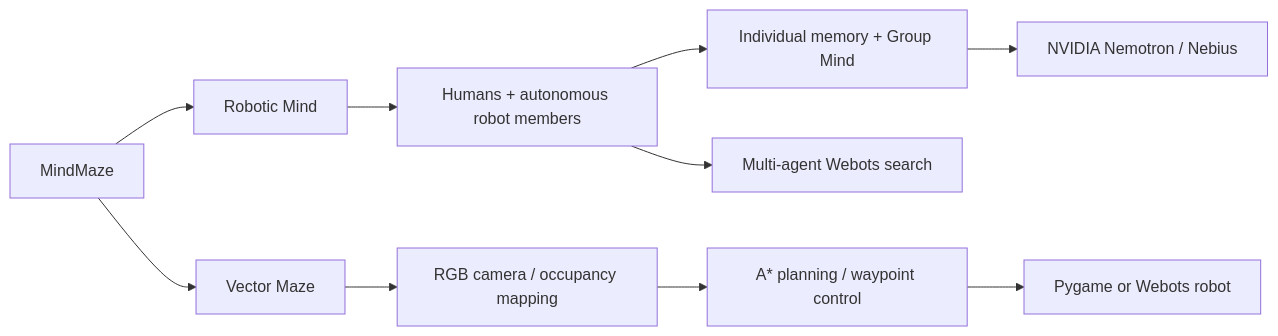
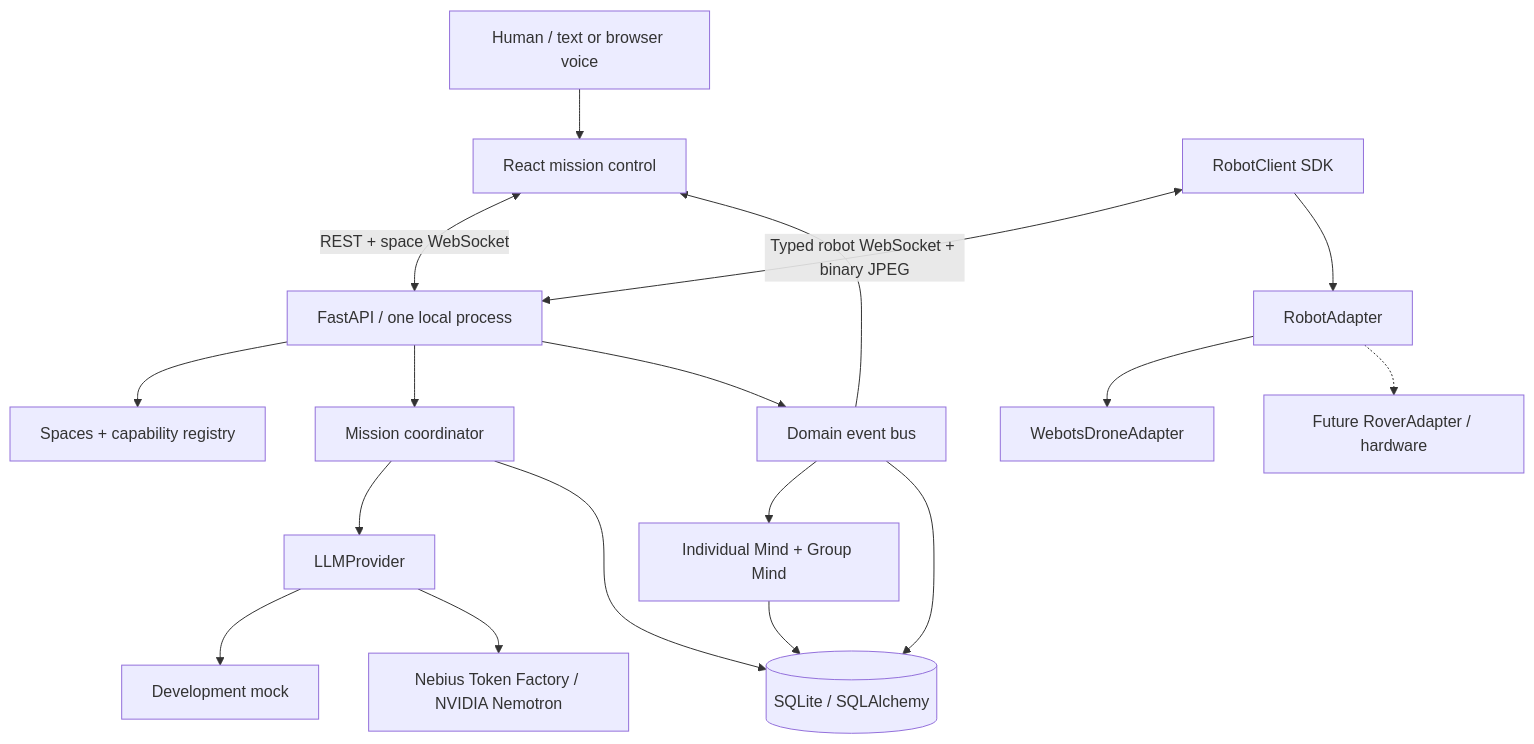
Before and after one commit to satyam3988/MindMaze: the diagram in README.md, drawn with Mermaid. The commit also changed other lines of this file and 168 other files, not shown here.

Commit message:
Focus hackathon submission on Robotic Mind

````diff
--- a/README.md
+++ b/README.md
@@ -126,12 +56,20 @@
 ```mermaid
-flowchart LR
-  MM[MindMaze] --> RM[Robotic Mind]
-  MM --> VM[Vector Maze]
-  RM --> Team[Humans + autonomous robot members]
-  Team --> Mind[Individual memory + Group Mind]
-  Mind --> AI[NVIDIA Nemotron / Nebius]
-  Team --> Fleet[Multi-agent Webots search]
-  VM --> Vision[RGB camera / occupancy mapping]
-  Vision --> Plan[A* planning / waypoint control]
-  Plan --> Robot[Pygame or Webots robot]
+flowchart TD
+  Human[Human / text or browser voice] --> UI[React mission control]
+  UI <-->|REST + space WebSocket| API[FastAPI / one local process]
+  API --> Spaces[Spaces + capability registry]
+  API --> Mission[Mission coordinator]
+  Mission --> LLM[LLMProvider]
+  LLM --> Mock[Development mock]
+  LLM --> Nebius[Nebius Token Factory / NVIDIA Nemotron]
+  API --> Bus[Domain event bus]
+  Bus --> Mind[Individual Mind + Group Mind]
+  Mind --> DB[(SQLite / SQLAlchemy)]
+  Mission --> DB
+  Bus --> DB
+  Bus --> UI
+  SDK[RobotClient SDK] <-->|Typed robot WebSocket + binary JPEG| API
+  SDK --> Adapter[RobotAdapter]
+  Adapter --> Webots[WebotsDroneAdapter]
+  Adapter -.-> Rover[Future RoverAdapter / hardware]
 ```
````
